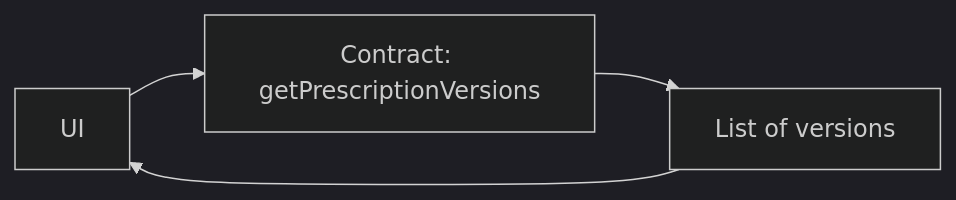
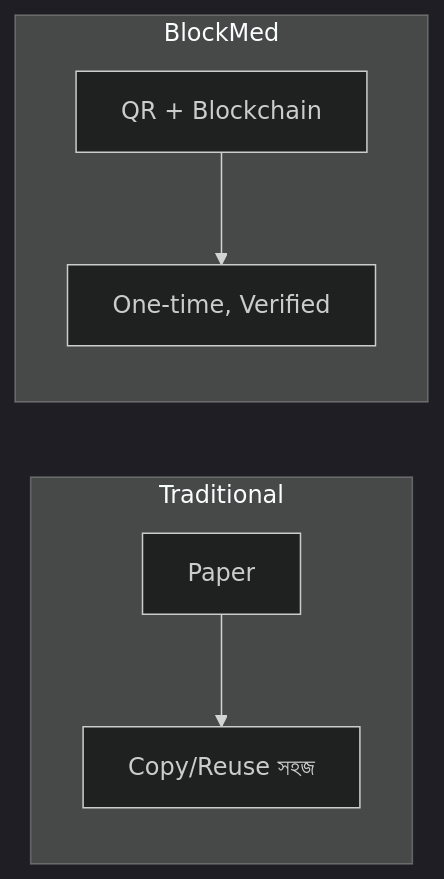
The ninth of 11 diagrams in docs/BLOCKMED_BLOCKCHAIN_SUPER_BASIC_BN_EN.md (Taibur-Rahaman/blockmed-v1.2), drawn with Mermaid (dark theme) before and after one commit. The commit also changed other lines of this file and 3 other files, not shown here.

Commit message:
docs: BN+EN lecturer doc with diagrams, add HOW_THE_PROJECT_WORKS, update README

````diff
--- a/docs/BLOCKMED_BLOCKCHAIN_SUPER_BASIC_BN_EN.md
+++ b/docs/BLOCKMED_BLOCKCHAIN_SUPER_BASIC_BN_EN.md
@@ -610,6 +326,9 @@
 ```mermaid
 flowchart LR
-  U[UI] --> V[Contract: getPrescriptionVersions]
-  V --> L[List of versions]
-  L --> U
+  subgraph Traditional
+    TP[Paper] --> TC[Copy/Reuse সহজ]
+  end
+  subgraph BlockMed
+    BM[QR + Blockchain] --> BV[One-time, Verified]
+  end
 ```
````
